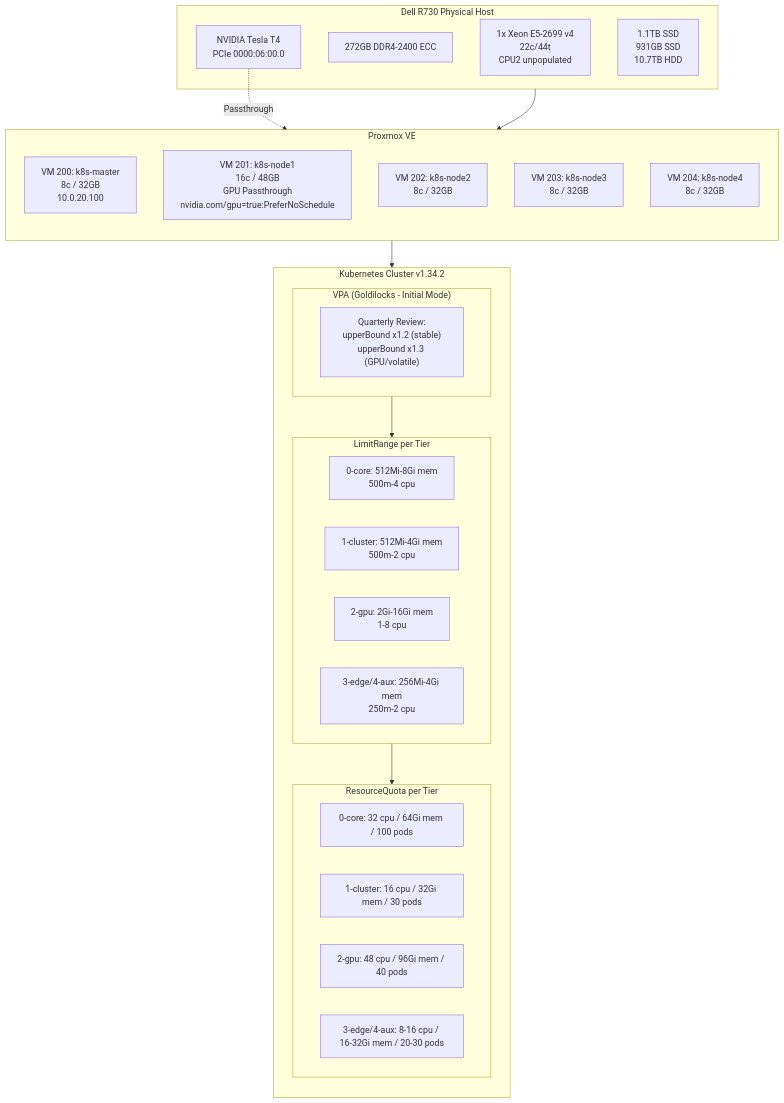
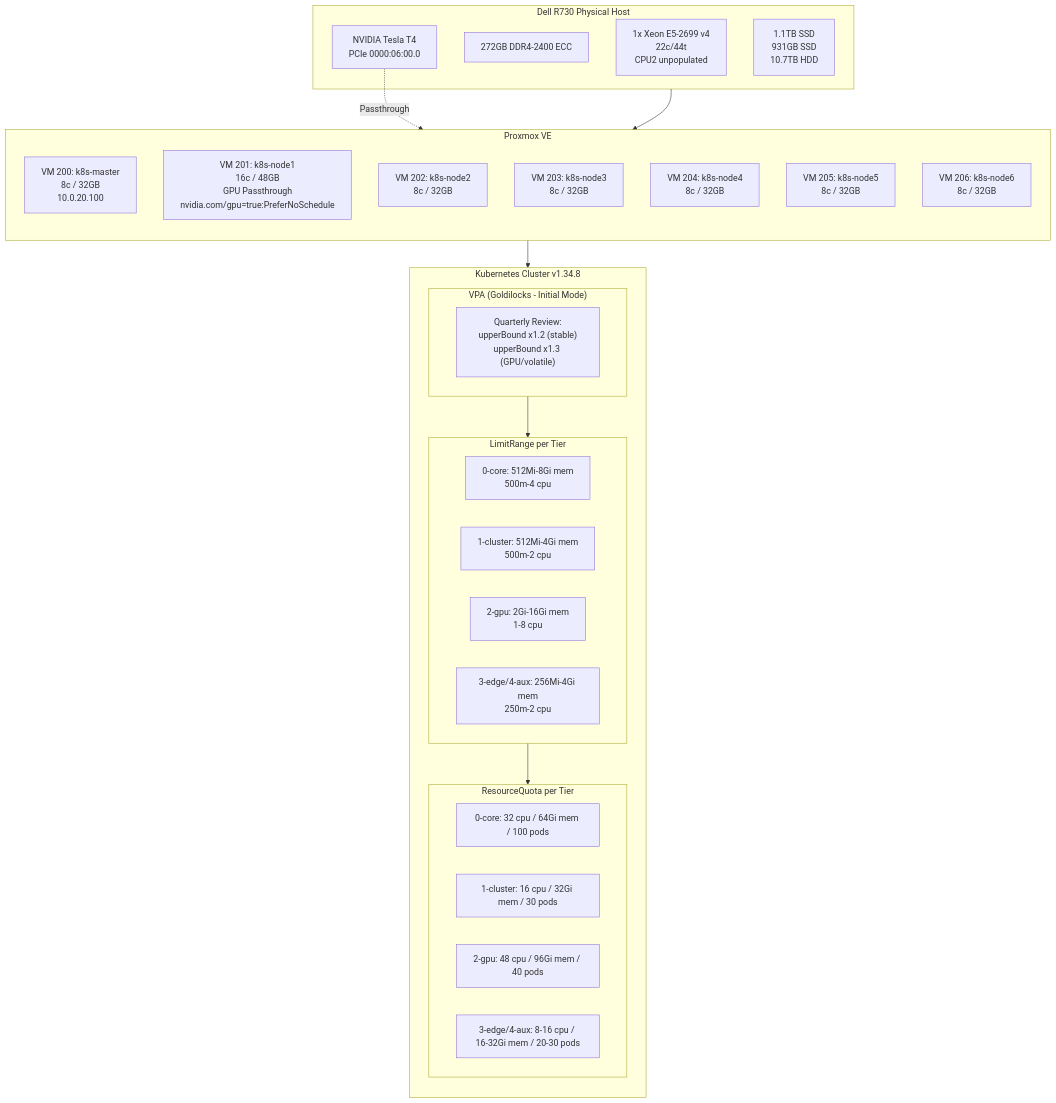
One commit to ViktorBarzin/infra changed the diagram in docs/architecture/compute.md. Above: the diagram before and after it, drawn with Mermaid. The commit also changed other lines of this file and 2 other files, not shown here.

````diff
--- a/docs/architecture/compute.md
+++ b/docs/architecture/compute.md
@@ -9,46 +9,48 @@
 ```mermaid
 graph TB
     subgraph Physical["Dell R730 Physical Host"]
         CPU["1x Xeon E5-2699 v4<br/>22c/44t<br/>CPU2 unpopulated"]
         RAM["272GB DDR4-2400 ECC"]
         GPU["NVIDIA Tesla T4<br/>PCIe 0000:06:00.0"]
         DISK["1.1TB SSD<br/>931GB SSD<br/>10.7TB HDD"]
     end
 
     subgraph Proxmox["Proxmox VE"]
         direction TB
         MASTER["VM 200: k8s-master<br/>8c / 32GB<br/>10.0.20.100"]
         NODE1["VM 201: k8s-node1<br/>16c / 48GB<br/>GPU Passthrough<br/>nvidia.com/gpu=true:PreferNoSchedule"]
         NODE2["VM 202: k8s-node2<br/>8c / 32GB"]
         NODE3["VM 203: k8s-node3<br/>8c / 32GB"]
         NODE4["VM 204: k8s-node4<br/>8c / 32GB"]
+        NODE5["VM 205: k8s-node5<br/>8c / 32GB"]
+        NODE6["VM 206: k8s-node6<br/>8c / 32GB"]
     end
 
-    subgraph K8s["Kubernetes Cluster v1.34.2"]
+    subgraph K8s["Kubernetes Cluster v1.34.8"]
         direction TB
 
         subgraph VPA["VPA (Goldilocks - Initial Mode)"]
             RECOMMEND["Quarterly Review:<br/>upperBound x1.2 (stable)<br/>upperBound x1.3 (GPU/volatile)"]
         end
 
         subgraph LimitRange["LimitRange per Tier"]
             TIER0_LR["0-core: 512Mi-8Gi mem<br/>500m-4 cpu"]
             TIER1_LR["1-cluster: 512Mi-4Gi mem<br/>500m-2 cpu"]
             TIER2_LR["2-gpu: 2Gi-16Gi mem<br/>1-8 cpu"]
             TIER34_LR["3-edge/4-aux: 256Mi-4Gi mem<br/>250m-2 cpu"]
         end
 
         subgraph ResourceQuota["ResourceQuota per Tier"]
             TIER0_RQ["0-core: 32 cpu / 64Gi mem / 100 pods"]
             TIER1_RQ["1-cluster: 16 cpu / 32Gi mem / 30 pods"]
             TIER2_RQ["2-gpu: 48 cpu / 96Gi mem / 40 pods"]
             TIER34_RQ["3-edge/4-aux: 8-16 cpu / 16-32Gi mem / 20-30 pods"]
         end
     end
 
     Physical --> Proxmox
     GPU -.->|Passthrough| NODE1
     Proxmox --> K8s
     VPA --> LimitRange
     LimitRange --> ResourceQuota
 ```
````
